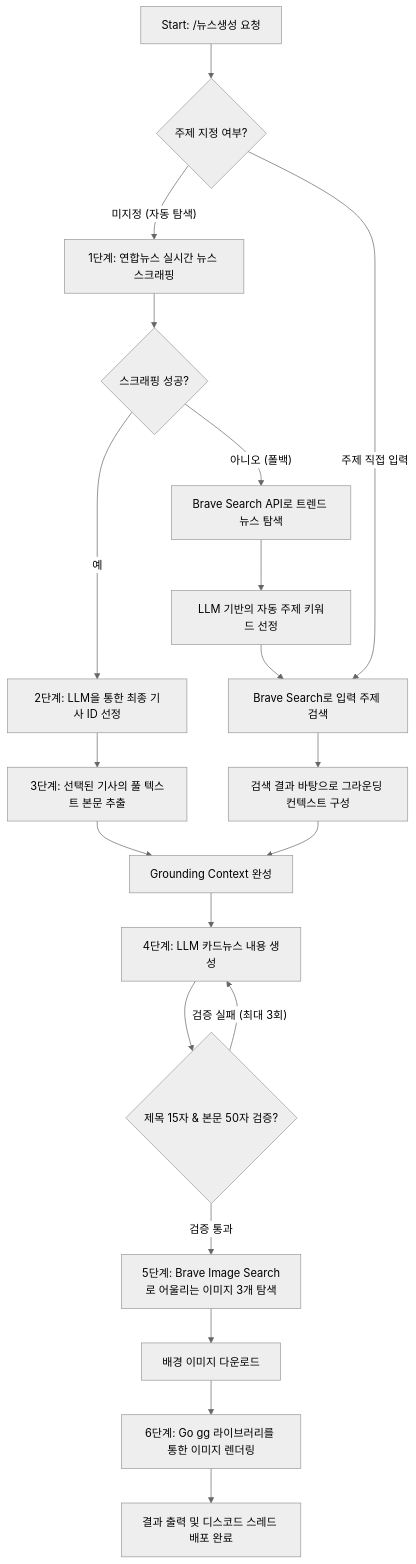
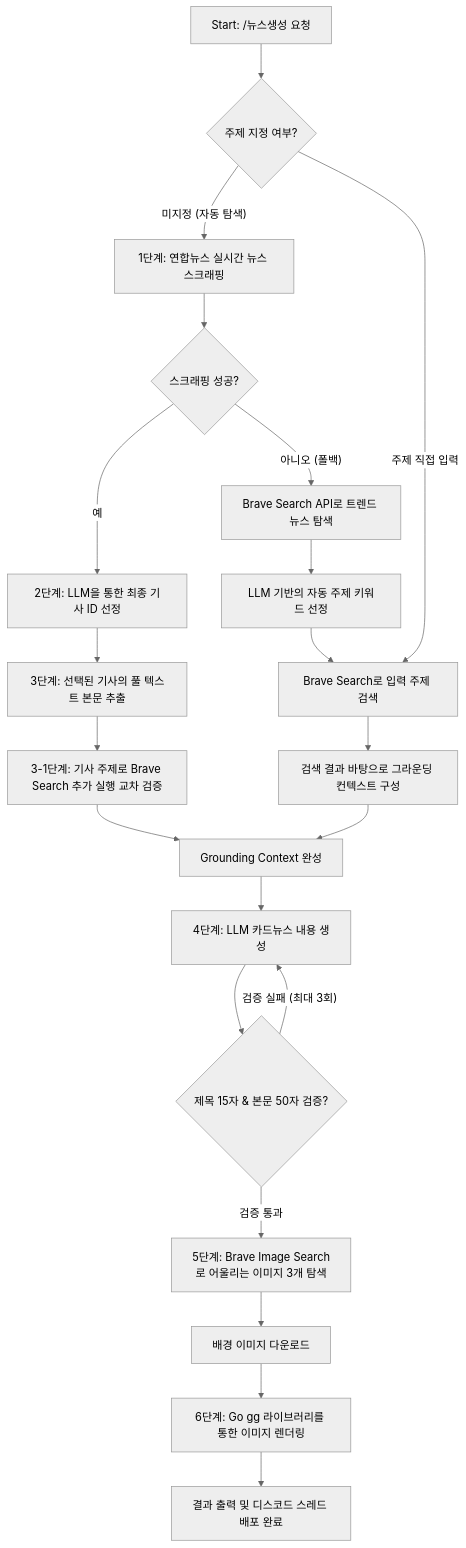
The diagram in README.md (sleepysoong/serendipity), drawn with Mermaid (neutral theme) before and after one commit. The commit also changed other lines of this file and 1 other file, not shown here.

Commit message:
feat: add cross-verification search step when Yonhap scrape succeeds

````diff
--- a/README.md
+++ b/README.md
@@ -30,26 +30,27 @@
 ```mermaid
 flowchart TD
     A[Start: /뉴스생성 요청] --> B{주제 지정 여부?}
     B -- 미지정 (자동 탐색) --> C[1단계: 연합뉴스 실시간 뉴스 스크래핑]
     B -- 주제 직접 입력 --> H[Brave Search로 입력 주제 검색]
     
     C --> D{스크래핑 성공?}
     D -- 예 --> E[2단계: LLM을 통한 최종 기사 ID 선정]
     D -- 아니오 (폴백) --> F[Brave Search API로 트렌드 뉴스 탐색]
     F --> G[LLM 기반의 자동 주제 키워드 선정]
     G --> H
     
     E --> I[3단계: 선택된 기사의 풀 텍스트 본문 추출]
+    I --> I2[3-1단계: 기사 주제로 Brave Search 추가 실행 교차 검증]
     H --> J[검색 결과 바탕으로 그라운딩 컨텍스트 구성]
-    I --> K[Grounding Context 완성]
+    I2 --> K[Grounding Context 완성]
     J --> K
     
     K --> L[4단계: LLM 카드뉴스 내용 생성]
     L --> M{제목 15자 & 본문 50자 검증?}
     M -- 검증 실패 (최대 3회) --> L
     M -- 검증 통과 --> N[5단계: Brave Image Search로 어울리는 이미지 3개 탐색]
     
     N --> O[배경 이미지 다운로드]
     O --> P[6단계: Go gg 라이브러리를 통한 이미지 렌더링]
     P --> Q[결과 출력 및 디스코드 스레드 배포 완료]
 ```
````
